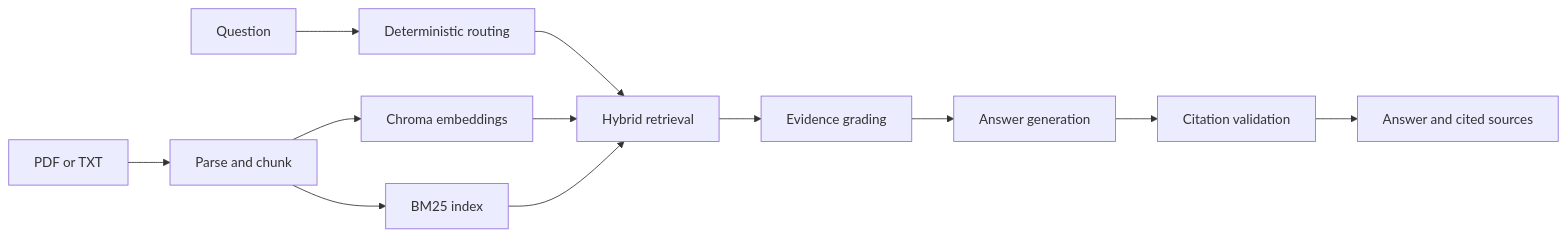
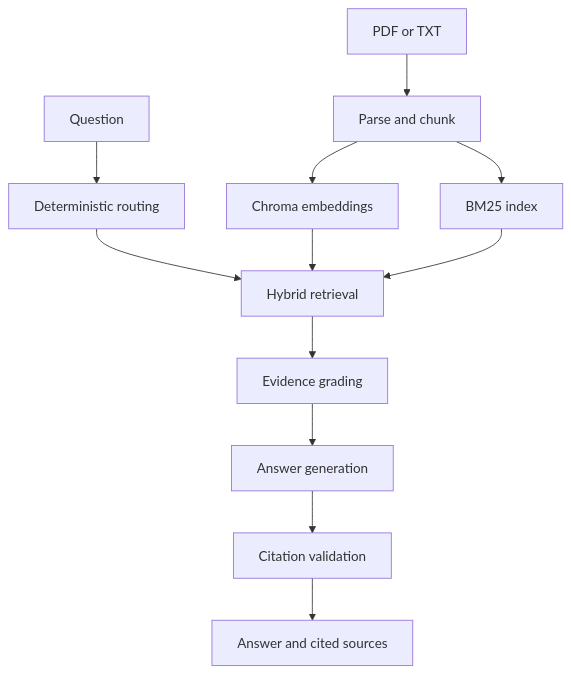
Before and after one commit to GabrielMBulgarelli/RAG: the diagram in README.md, drawn with Mermaid.

Commit message:
Improves architecture diagram readability

````diff
--- a/README.md
+++ b/README.md
@@ -19,14 +19,14 @@
 ```mermaid
-flowchart LR
+flowchart TB
     A[PDF or TXT] --> B[Parse and chunk]
     B --> C[Chroma embeddings]
     B --> D[BM25 index]
     Q[Question] --> E[Deterministic routing]
     E --> F[Hybrid retrieval]
     C --> F
     D --> F
     F --> G[Evidence grading]
     G --> H[Answer generation]
     H --> I[Citation validation]
     I --> J[Answer and cited sources]
 ```
````
